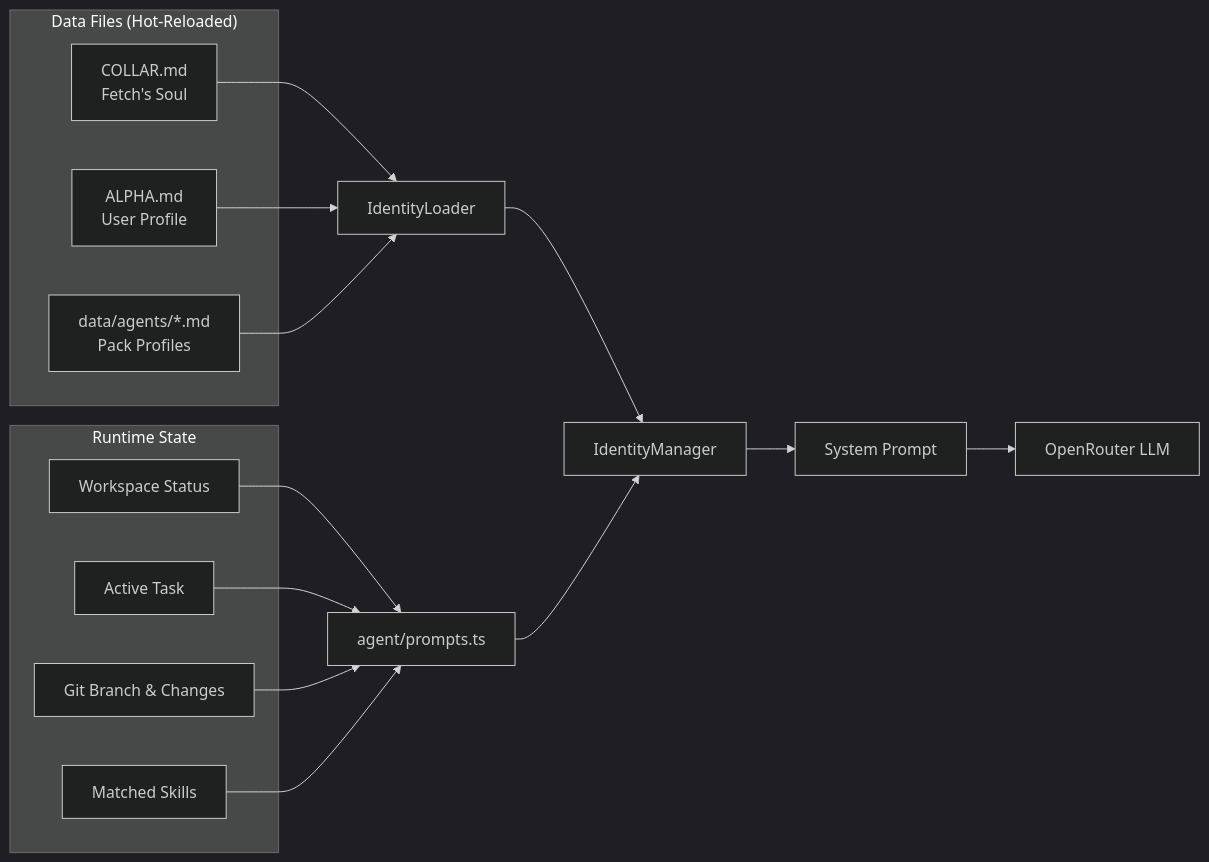
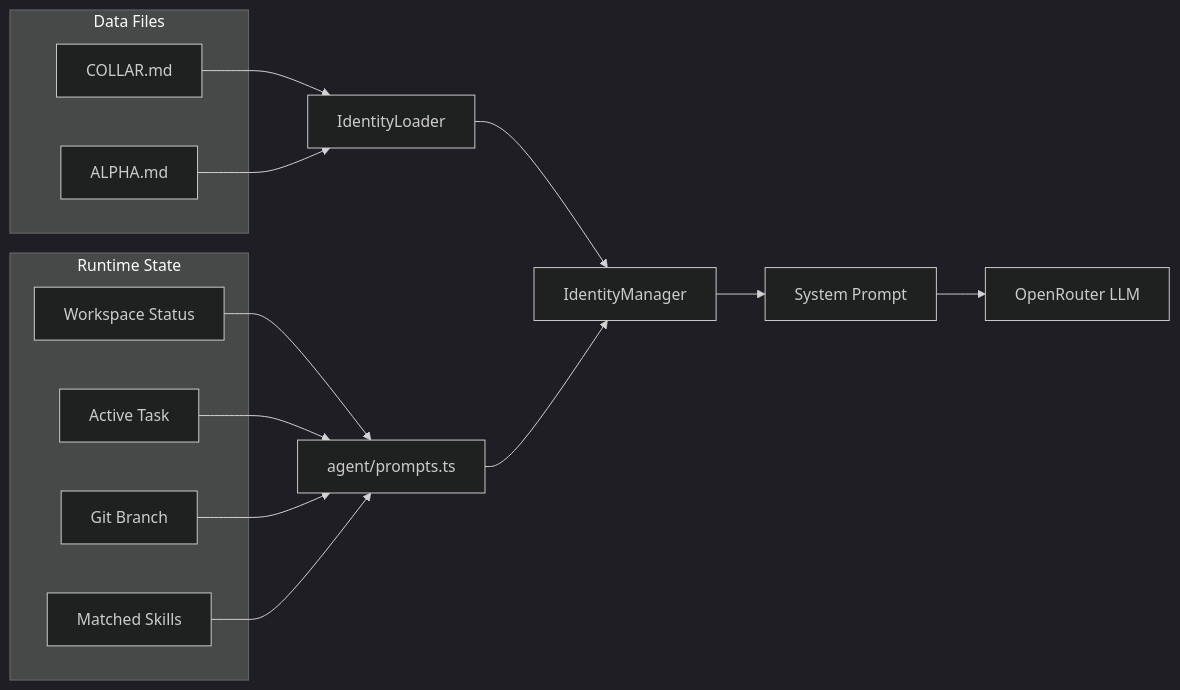
Before and after one commit to Traves-Theberge/Fetch: the diagram in docs/markdown/IDENTITY_SYSTEM.md, drawn with Mermaid (dark theme). The commit also changed other lines of this file and 7 other files, not shown here.

First line of the commit message:
docs: remove legacy pack profiles, add mermaid diagram, update identity docs

````diff
--- a/docs/markdown/IDENTITY_SYSTEM.md
+++ b/docs/markdown/IDENTITY_SYSTEM.md
@@ -9,30 +9,28 @@
 ```mermaid
 graph LR
-    subgraph Files ["Data Files (Hot-Reloaded)"]
-        COLLAR["COLLAR.md<br/>Fetch's Soul"]
-        ALPHA["ALPHA.md<br/>User Profile"]
-        AGENTS["data/agents/*.md<br/>Pack Profiles"]
+    subgraph Files ["Data Files"]
+        COLLAR["COLLAR.md"]
+        ALPHA["ALPHA.md"]
     end
 
     subgraph Runtime ["Runtime State"]
         WS["Workspace Status"]
         TASK["Active Task"]
-        GIT["Git Branch & Changes"]
+        GIT["Git Branch"]
         SKILLS["Matched Skills"]
     end
 
     COLLAR --> LOADER["IdentityLoader"]
     ALPHA --> LOADER
-    AGENTS --> LOADER
 
     LOADER --> MGR["IdentityManager"]
 
     WS --> PROMPTS["agent/prompts.ts"]
     TASK --> PROMPTS
     GIT --> PROMPTS
     SKILLS --> PROMPTS
 
     PROMPTS --> MGR
     MGR --> PROMPT["System Prompt"]
     PROMPT --> LLM["OpenRouter LLM"]
 ```
````
